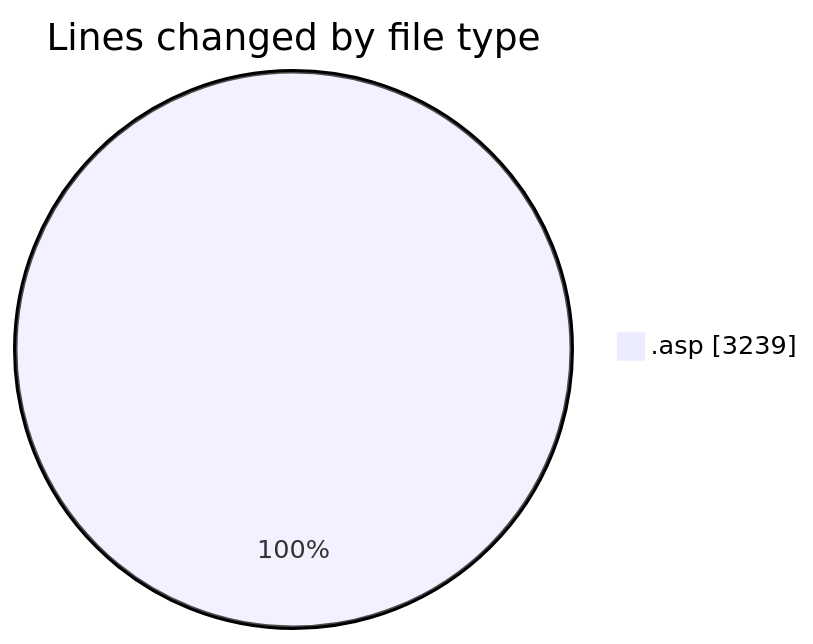
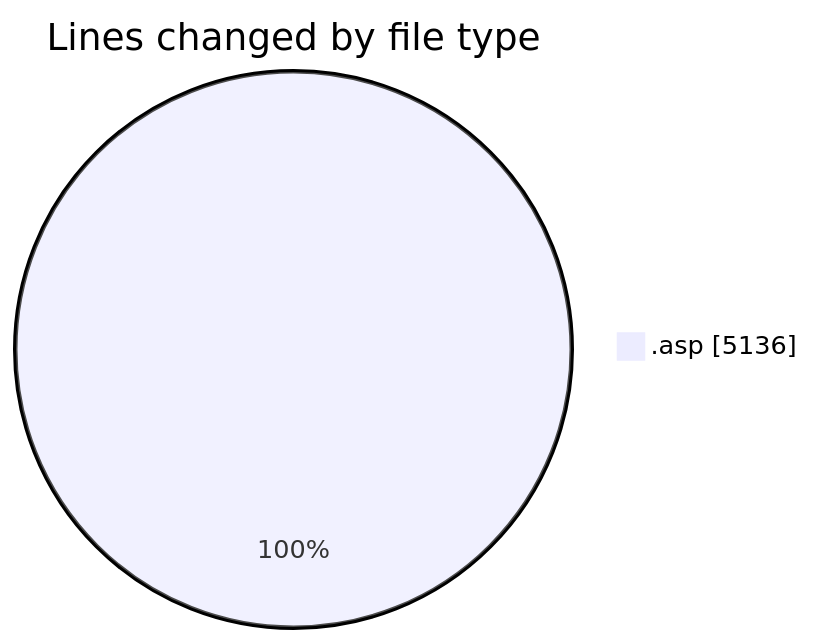
One commit to julien-gomy/code-tracking changed the first of 2 diagrams in 2025-11-15/usr_aleoudev_fr__workspace_/README.md. Above: the diagram before and after it, drawn with Mermaid. The commit also changed other lines of this file and 1 other file, not shown here.

````diff
--- a/2025-11-15/usr_aleoudev_fr__workspace_/README.md
+++ b/2025-11-15/usr_aleoudev_fr__workspace_/README.md
@@ -20,5 +22,5 @@
 ```mermaid
 pie showData
 title Lines changed by file type
-".asp" : 3239
+".asp" : 5136
 ```
````
